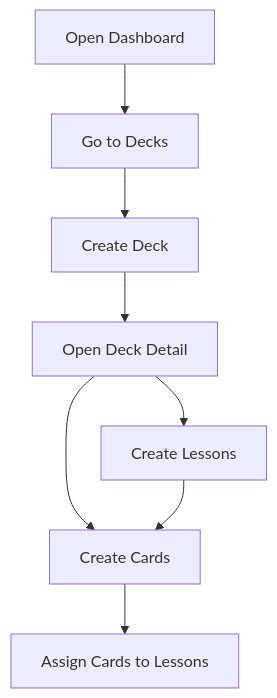
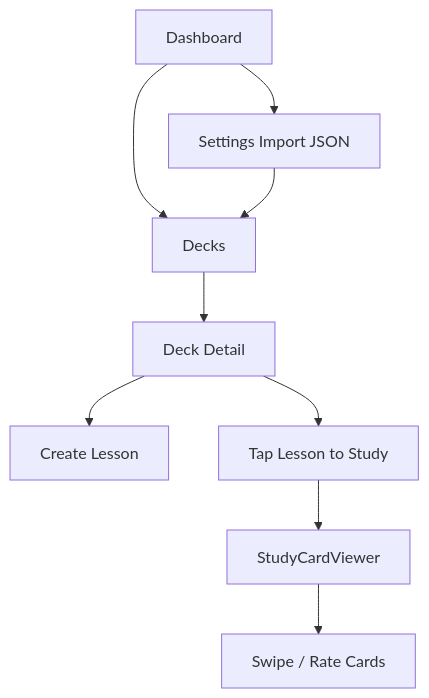
The first of 4 diagrams in revia/docs/application/technical-reference.md (pvnpll/revia), drawn with Mermaid before and after one commit. The commit also changed other lines of this file and 9 other files, not shown here.

````diff
--- a/revia/docs/application/technical-reference.md
+++ b/revia/docs/application/technical-reference.md
@@ -85,10 +98,11 @@
 ```mermaid
 flowchart TD
-  A[Open Dashboard] --> B[Go to Decks]
-  B --> C[Create Deck]
-  C --> D[Open Deck Detail]
-  D --> E[Create Lessons]
-  D --> F[Create Cards]
-  E --> F
-  F --> G[Assign Cards to Lessons]
+  A[Dashboard] --> B[Decks]
+  B --> C[Deck Detail]
+  C --> D[Create Lesson]
+  C --> E[Tap Lesson to Study]
+  E --> F[StudyCardViewer]
+  F --> G[Swipe / Rate Cards]
+  A --> H[Settings Import JSON]
+  H --> B
 ```
````
